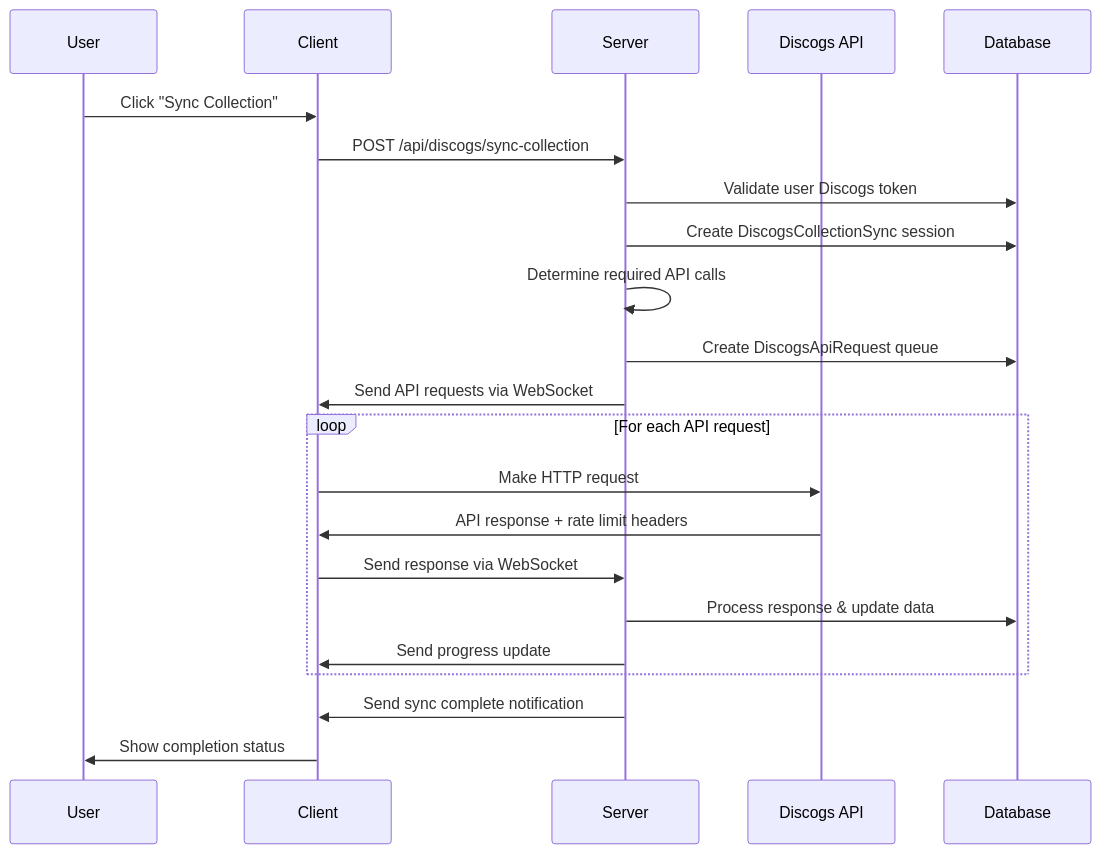
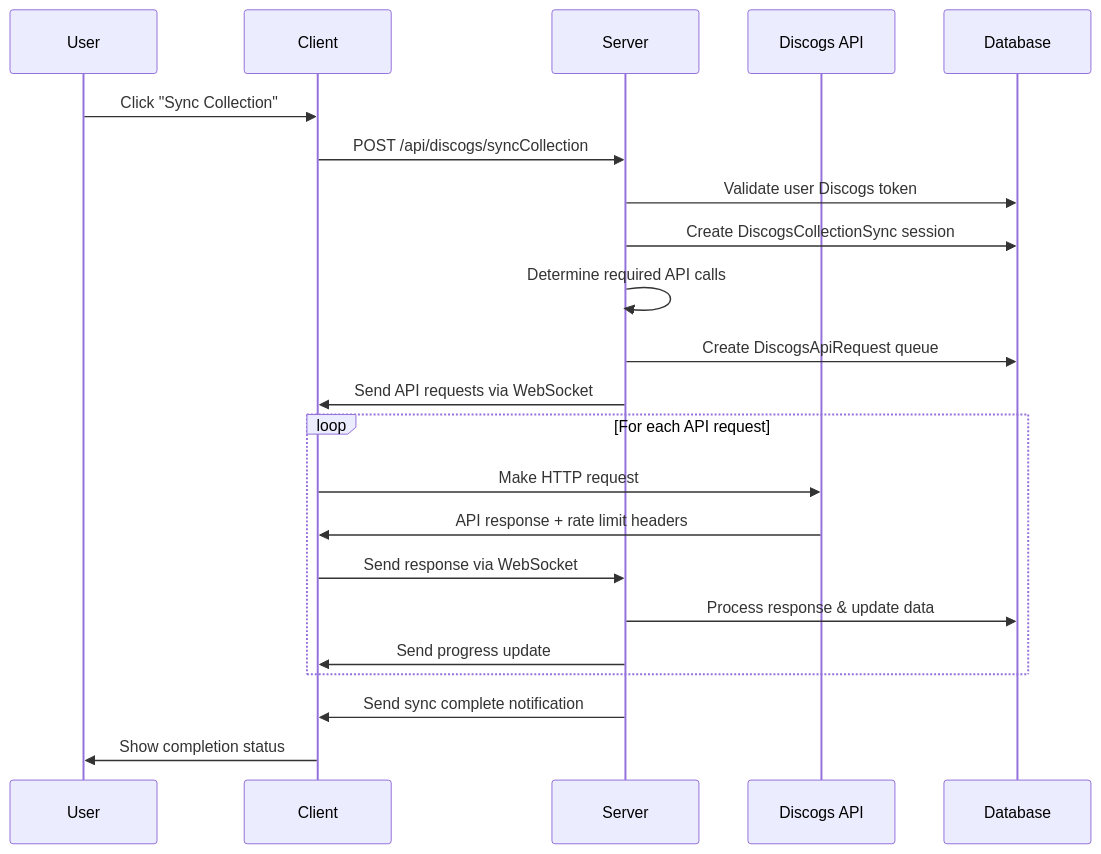
One commit to Bparsons0904/waugzee changed the first of 2 diagrams in docs/DISCOGS_API_PROXY_ARCHITECTURE.md. Above: the diagram before and after it, drawn with Mermaid. The commit also changed other lines of this file and 12 other files, not shown here.

````diff
--- a/docs/DISCOGS_API_PROXY_ARCHITECTURE.md
+++ b/docs/DISCOGS_API_PROXY_ARCHITECTURE.md
@@ -221,27 +221,27 @@
 ```mermaid
 sequenceDiagram
     participant U as User
     participant C as Client
     participant S as Server
     participant D as Discogs API
     participant DB as Database
 
     U->>C: Click "Sync Collection"
-    C->>S: POST /api/discogs/sync-collection
+    C->>S: POST /api/discogs/syncCollection
     S->>DB: Validate user Discogs token
     S->>DB: Create DiscogsCollectionSync session
     S->>S: Determine required API calls
     S->>DB: Create DiscogsApiRequest queue
     S->>C: Send API requests via WebSocket
 
     loop For each API request
         C->>D: Make HTTP request
         D->>C: API response + rate limit headers
         C->>S: Send response via WebSocket
         S->>DB: Process response & update data
         S->>C: Send progress update
     end
 
     S->>C: Send sync complete notification
     C->>U: Show completion status
 ```
````
